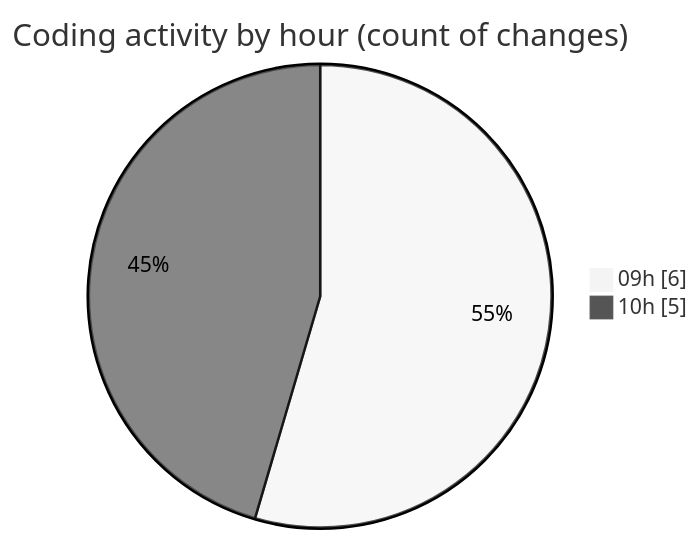
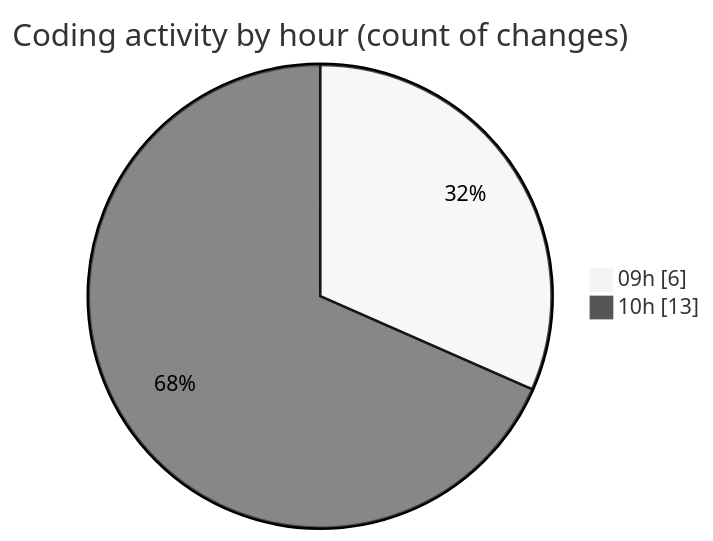
One commit to ricardozamudiocil/code-tracking changed the second of 2 diagrams in 2026-03-11/cilreports__workspace_/README.md. Above: the diagram before and after it, drawn with Mermaid (neutral theme). The commit also changed other lines of this file and 1 other file, not shown here.

````diff
--- a/2026-03-11/cilreports__workspace_/README.md
+++ b/2026-03-11/cilreports__workspace_/README.md
@@ -33,6 +33,6 @@
 ```mermaid
 pie showData
 title Coding activity by hour (count of changes)
 "09h" : 6
-"10h" : 5
+"10h" : 13
 ```
````
